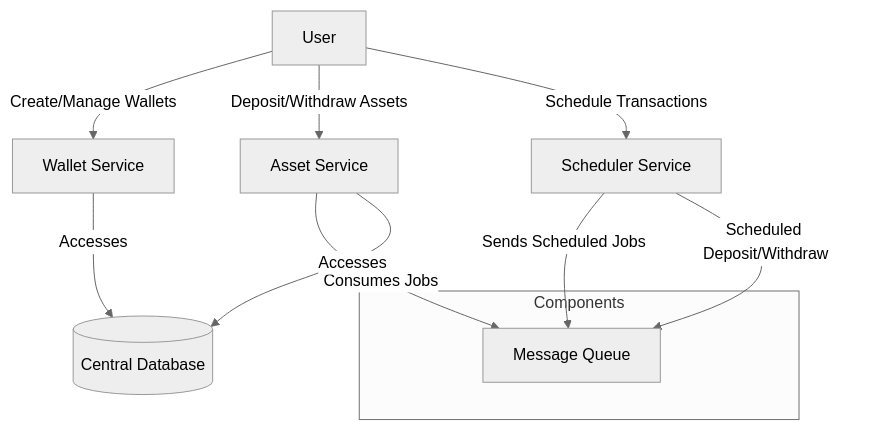
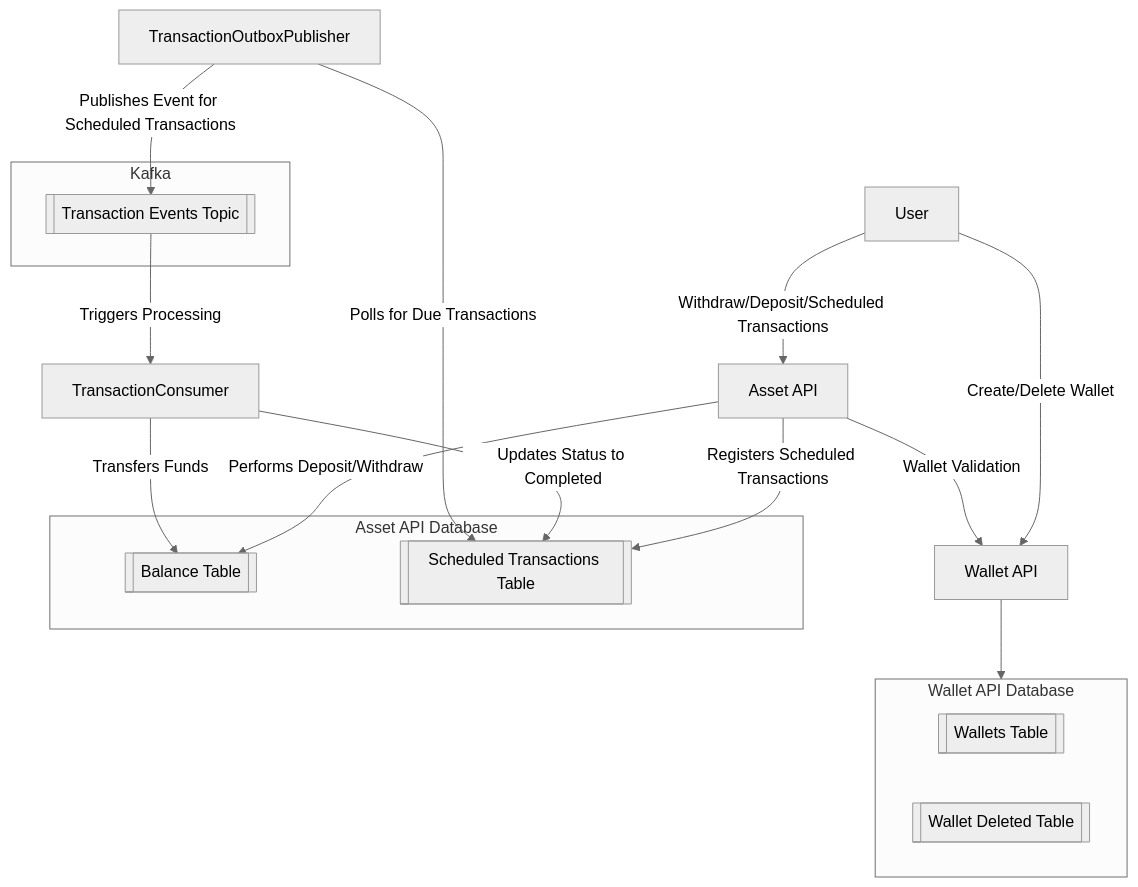
The diagram in README.md (oguzcanbudumlu/asset-management), drawn with Mermaid (neutral theme) before and after one commit. The commit also changed other lines of this file and 18 other files, not shown here.

````diff
--- a/README.md
+++ b/README.md
@@ -46,22 +45,32 @@
 ```mermaid
 graph TD
-    %% Services
-    User -->|Create/Manage Wallets| WalletService[Wallet Service]
-    User -->|Deposit/Withdraw Assets| AssetService[Asset Service]
-    User -->|Schedule Transactions| SchedulerService[Scheduler Service]
-    
-    SchedulerService -->|Sends Scheduled Jobs| MessageQueue[Message Queue]
-    AssetService -->|Consumes Jobs| MessageQueue
+    User[User] -->|Create/Delete Wallet| WalletAPI[Wallet API]
+    User -->|Withdraw/Deposit/Scheduled Transactions| AssetAPI[Asset API]
 
-    %% Database Connection
-    WalletService -->|Accesses| Database[(Central Database)]
-    AssetService -->|Accesses| Database
+    subgraph WalletDB[Wallet API Database]
+        wallets[["Wallets Table"]]
+        wallet_deleteds[["Wallet Deleted Table"]]
+    end
+    WalletAPI --> WalletDB
 
-    %% Components
-    subgraph Components
-        MessageQueue
+    subgraph AssetDB[Asset API Database]
+        balance[["Balance Table"]]
+        scheduled_transactions[["Scheduled Transactions Table"]]
     end
+    AssetAPI -->|Performs Deposit/Withdraw| balance
+    AssetAPI -->|Registers Scheduled Transactions| scheduled_transactions
 
-    %% Scheduler-Asset Interaction
-    SchedulerService -->|Scheduled Deposit/Withdraw| MessageQueue
+    AssetAPI -->|Wallet Validation| WalletAPI
+
+    subgraph Kafka
+        KafkaTopic[["Transaction Events Topic"]]
+    end
+    TransactionOutboxPublisher -->|Publishes Event for Scheduled Transactions| KafkaTopic
+    KafkaTopic -->|Triggers Processing| TransactionConsumer
+    TransactionConsumer -->|Transfers Funds| balance
+    TransactionConsumer -->|Updates Status to Completed| scheduled_transactions
+
+    TransactionOutboxPublisher -->|Polls for Due Transactions| scheduled_transactions
+
+
 ```
````
